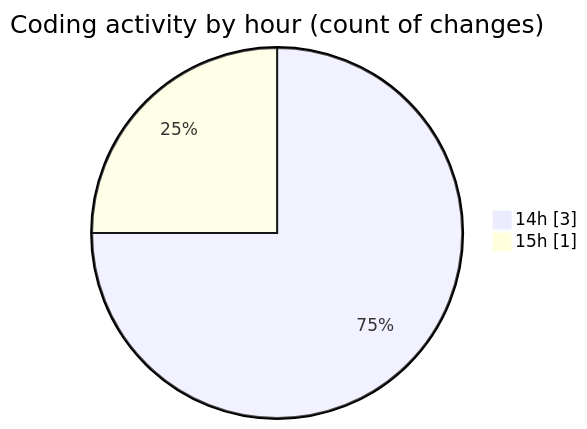
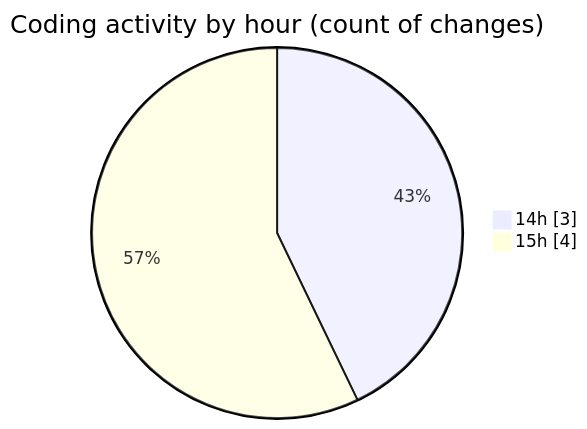
The second of 2 diagrams in 2025-06-25/scopecraft/README.md (Ritupan-Deka/code-tracking), drawn with Mermaid before and after one commit. The commit also changed other lines of this file and 1 other file, not shown here.

````diff
--- a/2025-06-25/scopecraft/README.md
+++ b/2025-06-25/scopecraft/README.md
@@ -32,6 +34,6 @@
 ```mermaid
 pie showData
 title Coding activity by hour (count of changes)
 "14h" : 3
-"15h" : 1
+"15h" : 4
 ```
````
